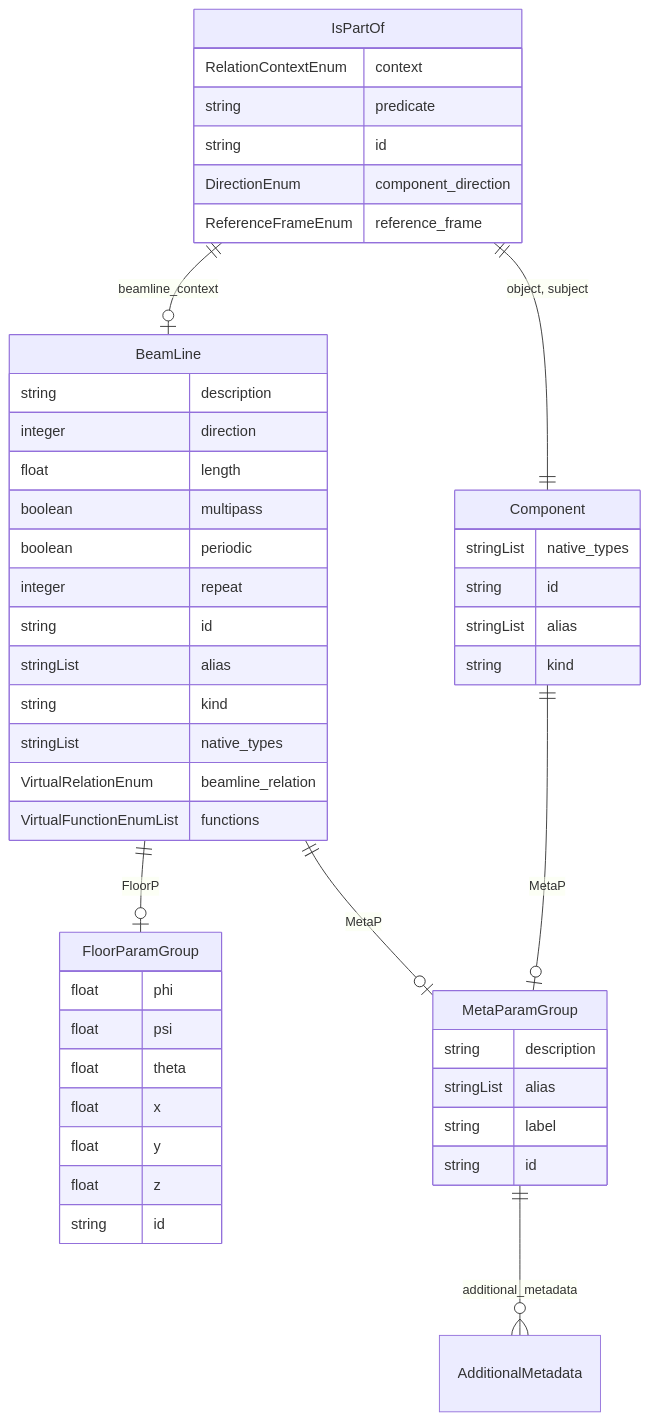
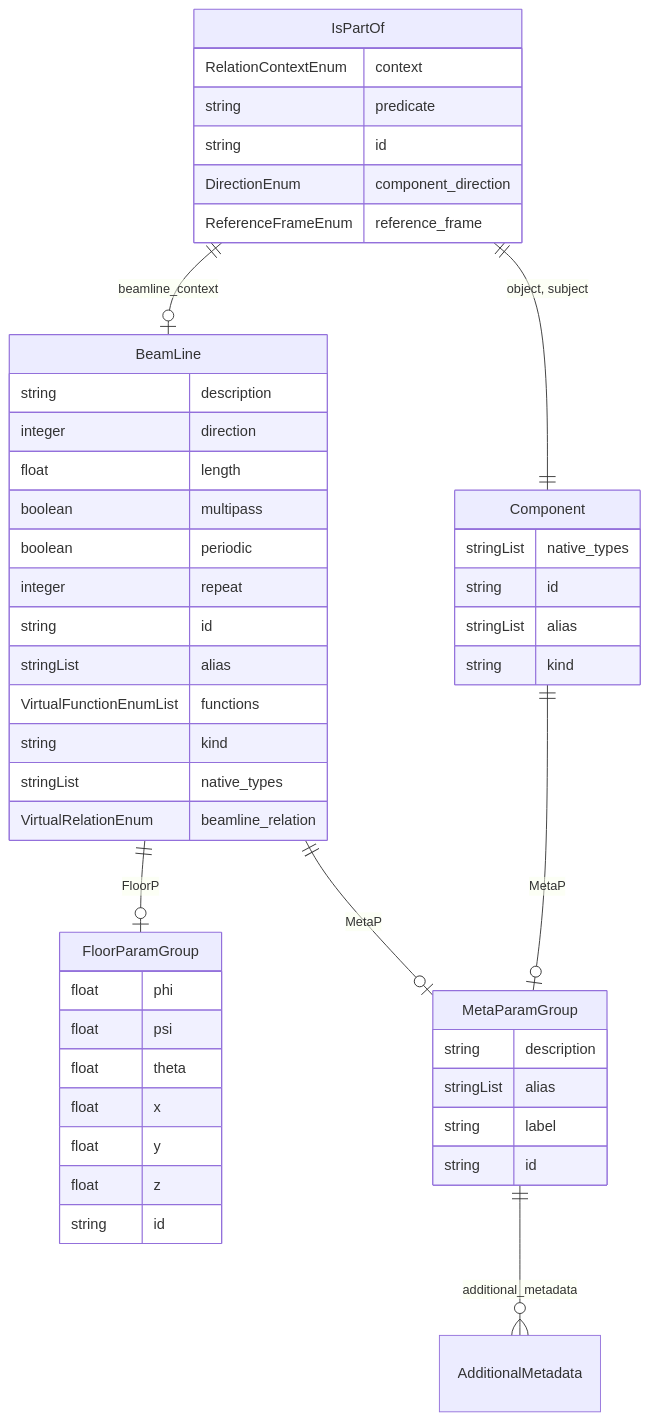
The diagram in docs/elements/classes/IsPartOf.md (pals-project/pals-facility-config), drawn with Mermaid before and after one commit. The commit also changed other lines of this file and 23 other files, not shown here.

````diff
--- a/docs/elements/classes/IsPartOf.md
+++ b/docs/elements/classes/IsPartOf.md
@@ -15,53 +15,53 @@
 ```mermaid
 erDiagram
 BeamLine {
     string description  
     integer direction  
     float length  
     boolean multipass  
     boolean periodic  
     integer repeat  
     string id  
     stringList alias  
+    VirtualFunctionEnumList functions  
     string kind  
     stringList native_types  
     VirtualRelationEnum beamline_relation  
-    VirtualFunctionEnumList functions  
 }
 Component {
     stringList native_types  
     string id  
     stringList alias  
     string kind  
 }
 FloorParamGroup {
     float phi  
     float psi  
     float theta  
     float x  
     float y  
     float z  
     string id  
 }
 IsPartOf {
     RelationContextEnum context  
     string predicate  
     string id  
     DirectionEnum component_direction  
     ReferenceFrameEnum reference_frame  
 }
 MetaParamGroup {
     string description  
     stringList alias  
     string label  
     string id  
 }
 
 BeamLine ||--|o FloorParamGroup : "FloorP"
 BeamLine ||--|o MetaParamGroup : "MetaP"
 Component ||--|o MetaParamGroup : "MetaP"
 IsPartOf ||--|o BeamLine : "beamline_context"
 IsPartOf ||--|| Component : "object, subject"
 MetaParamGroup ||--}o AdditionalMetadata : "additional_metadata"
 
 ```
````
